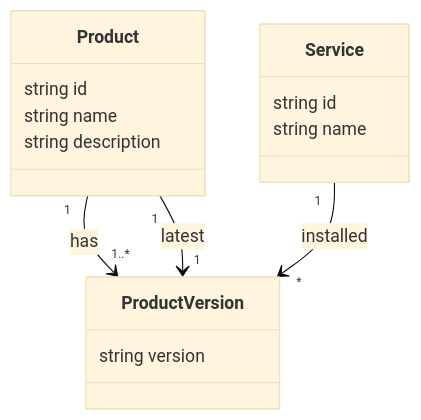
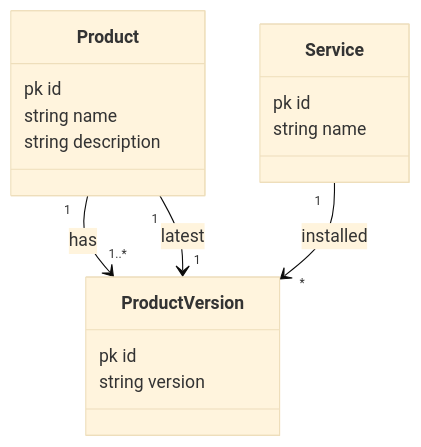
One commit to dnulnets/jjanus changed the diagram in documentation/models/services-and-products.md. Above: the diagram before and after it, drawn with Mermaid (base theme).

````diff
--- a/documentation/models/services-and-products.md
+++ b/documentation/models/services-and-products.md
@@ -1,18 +1,19 @@
 ```mermaid
 classDiagram
     class Service {
-        string id
+        pk id
         string name
     }
     class Product {
-        string id
+        pk id
         string name
         string description
     }
     class ProductVersion {
+        pk id
         string version
     }
     Product "1" --> "1..*" ProductVersion : has
     Product "1" --> "1" ProductVersion : latest
     Service "1" --> "*" ProductVersion : installed
 ```
````
